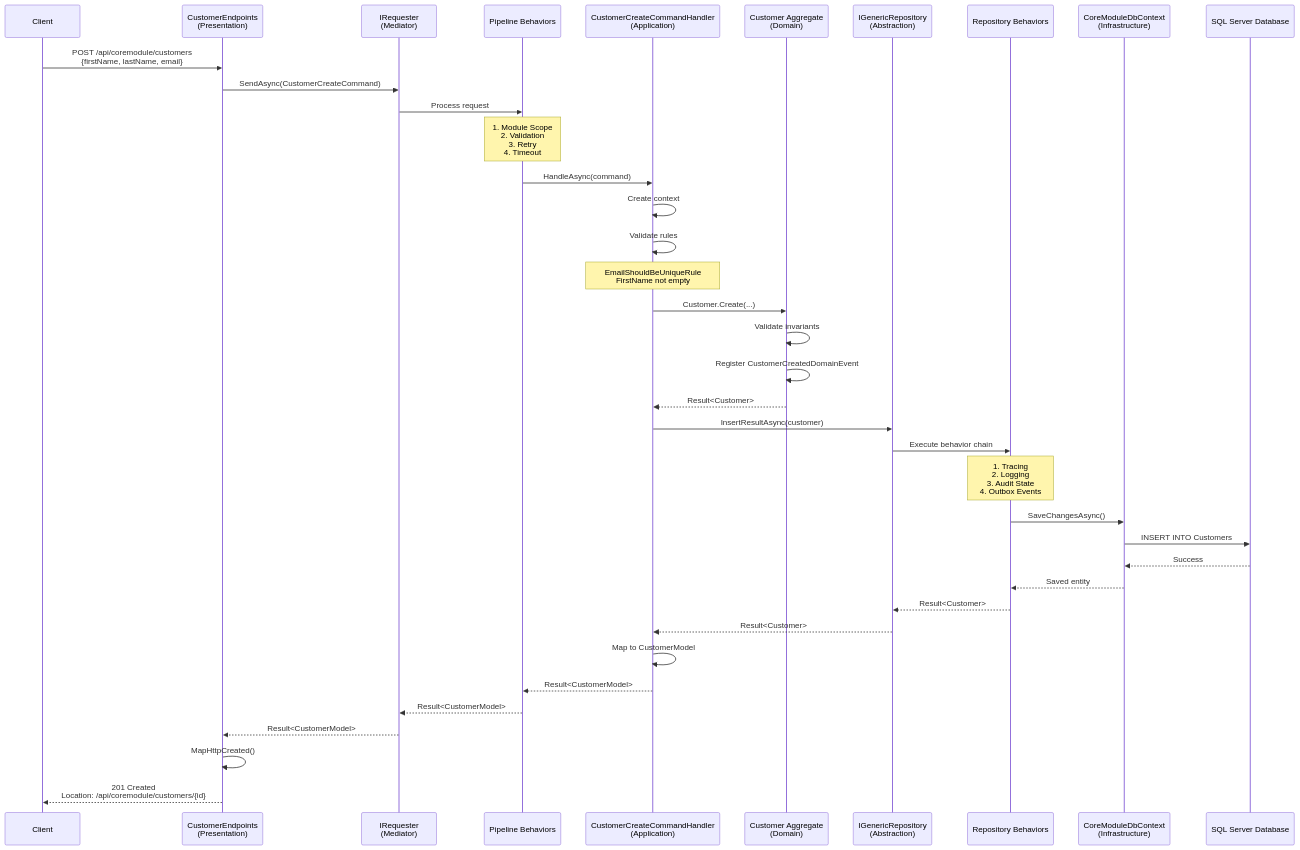
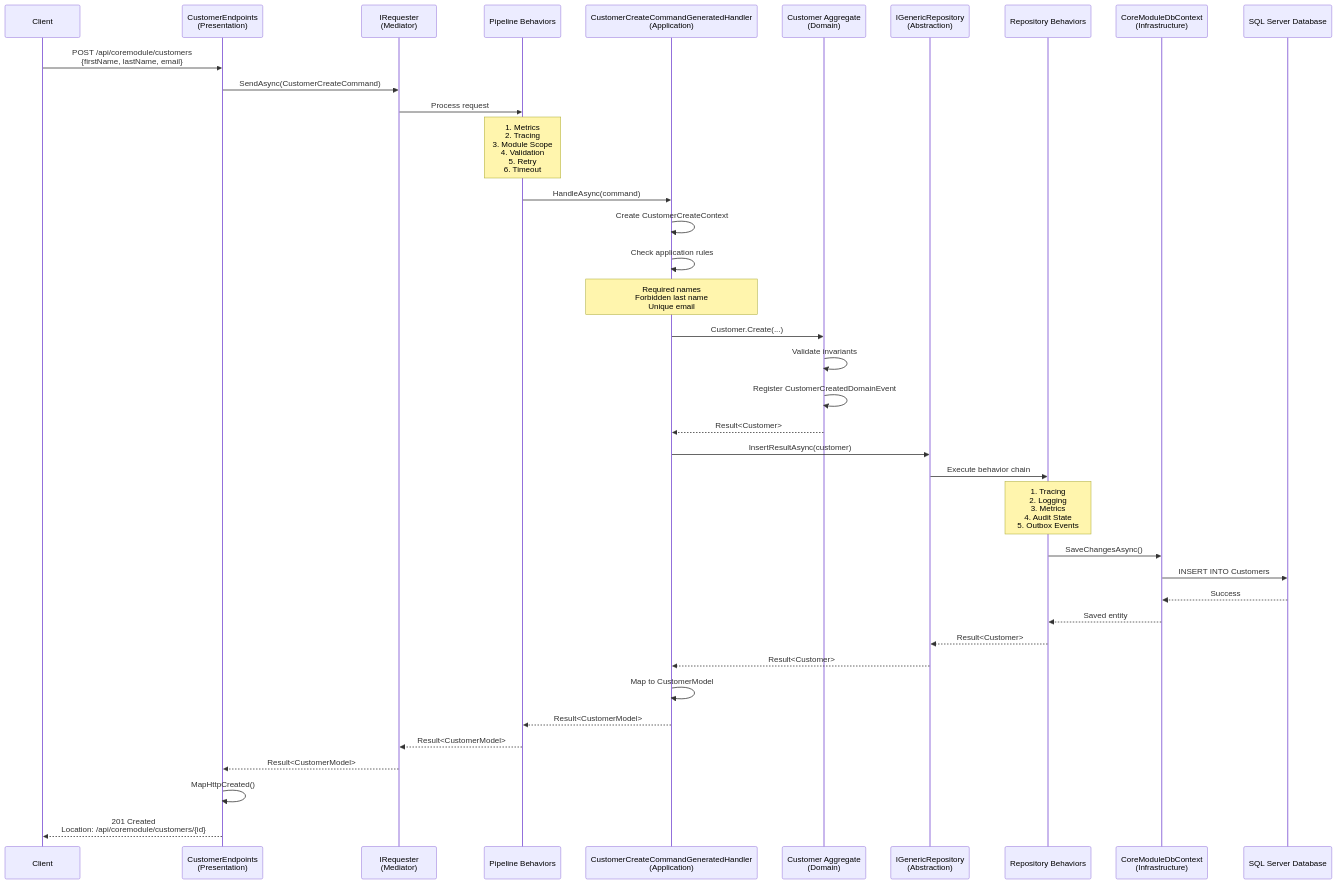
The fourth of 11 diagrams in README.md (BridgingIT-GmbH/bITdevKit.Examples.GettingStarted), drawn with Mermaid before and after one commit. The commit also changed other lines of this file, not shown here.

````diff
--- a/README.md
+++ b/README.md
@@ -402,49 +607,49 @@
 ```mermaid
 sequenceDiagram
     participant Client
     participant Endpoint as CustomerEndpoints<br/>(Presentation)
     participant Req as IRequester<br/>(Mediator)
     participant Pipeline as Pipeline Behaviors
-    participant Handler as CustomerCreateCommandHandler<br/>(Application)
+    participant Handler as CustomerCreateCommandGeneratedHandler<br/>(Application)
     participant Domain as Customer Aggregate<br/>(Domain)
     participant Repo as IGenericRepository<br/>(Abstraction)
     participant RepoBehaviors as Repository Behaviors
     participant DbCtx as CoreModuleDbContext<br/>(Infrastructure)
     participant DB as SQL Server Database
 
     Client->>Endpoint: POST /api/coremodule/customers<br/>{firstName, lastName, email}
     Endpoint->>Req: SendAsync(CustomerCreateCommand)
 
     Req->>Pipeline: Process request
-    Note over Pipeline: 1. Module Scope<br/>2. Validation<br/>3. Retry<br/>4. Timeout
+    Note over Pipeline: 1. Metrics<br/>2. Tracing<br/>3. Module Scope<br/>4. Validation<br/>5. Retry<br/>6. Timeout
 
     Pipeline->>Handler: HandleAsync(command)
 
-    Handler->>Handler: Create context
-    Handler->>Handler: Validate rules
-    Note over Handler: EmailShouldBeUniqueRule<br/>FirstName not empty
+    Handler->>Handler: Create CustomerCreateContext
+    Handler->>Handler: Check application rules
+    Note over Handler: Required names<br/>Forbidden last name<br/>Unique email
 
     Handler->>Domain: Customer.Create(...)
     Domain->>Domain: Validate invariants
     Domain->>Domain: Register CustomerCreatedDomainEvent
     Domain-->>Handler: Result<Customer>
 
     Handler->>Repo: InsertResultAsync(customer)
     Repo->>RepoBehaviors: Execute behavior chain
-    Note over RepoBehaviors: 1. Tracing<br/>2. Logging<br/>3. Audit State<br/>4. Outbox Events
+    Note over RepoBehaviors: 1. Tracing<br/>2. Logging<br/>3. Metrics<br/>4. Audit State<br/>5. Outbox Events
 
     RepoBehaviors->>DbCtx: SaveChangesAsync()
     DbCtx->>DB: INSERT INTO Customers
     DB-->>DbCtx: Success
     DbCtx-->>RepoBehaviors: Saved entity
     RepoBehaviors-->>Repo: Result<Customer>
     Repo-->>Handler: Result<Customer>
 
     Handler->>Handler: Map to CustomerModel
     Handler-->>Pipeline: Result<CustomerModel>
     Pipeline-->>Req: Result<CustomerModel>
     Req-->>Endpoint: Result<CustomerModel>
 
     Endpoint->>Endpoint: MapHttpCreated()
     Endpoint-->>Client: 201 Created<br/>Location: /api/coremodule/customers/{id}
 ```
````
